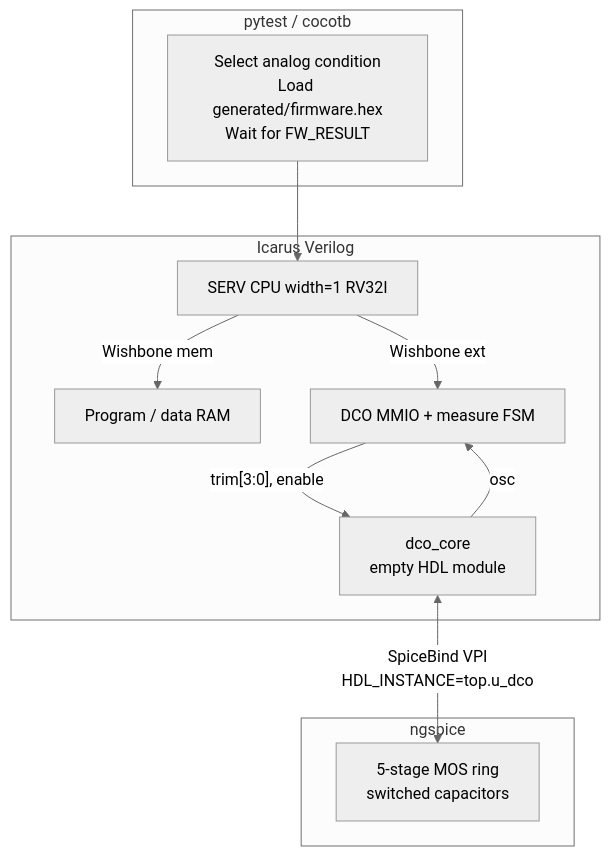
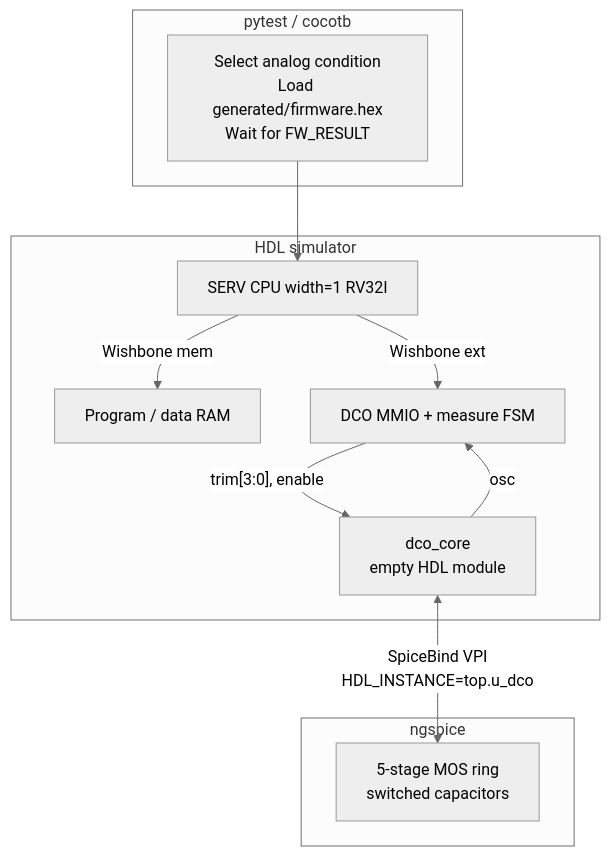
The first of 3 diagrams in examples/serv_dco_calibration/README.md (themperek/spicebind), drawn with Mermaid (neutral theme) before and after one commit. The commit also changed other lines of this file and 32 other files, not shown here.

````diff
--- a/examples/serv_dco_calibration/README.md
+++ b/examples/serv_dco_calibration/README.md
@@ -42,24 +43,24 @@
 ```mermaid
 flowchart TB
     subgraph py ["pytest / cocotb"]
         CFG["Select analog condition<br/>Load generated/firmware.hex<br/>Wait for FW_RESULT"]
     end
 
-    subgraph hdl ["Icarus Verilog"]
+    subgraph hdl ["HDL simulator"]
         SERV["SERV CPU width=1 RV32I"]
         RAM["Program / data RAM"]
         PERIPH["DCO MMIO + measure FSM"]
         SHELL["dco_core<br/>empty HDL module"]
         SERV -- Wishbone mem --> RAM
         SERV -- Wishbone ext --> PERIPH
         PERIPH -->|"trim[3:0], enable"| SHELL
         SHELL -->|"osc"| PERIPH
     end
 
     subgraph spice ["ngspice"]
         RING["5-stage MOS ring<br/>switched capacitors"]
     end
 
     CFG --> SERV
     SHELL <-->|"SpiceBind VPI<br/>HDL_INSTANCE=top.u_dco"| RING
 ```
````
